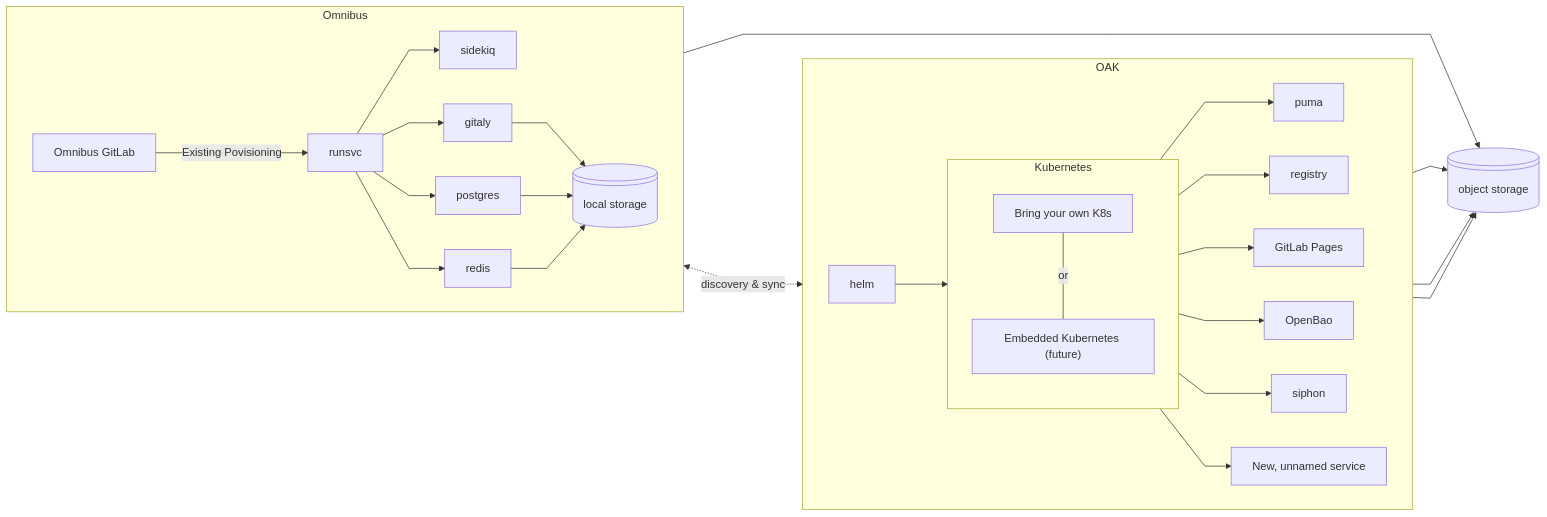
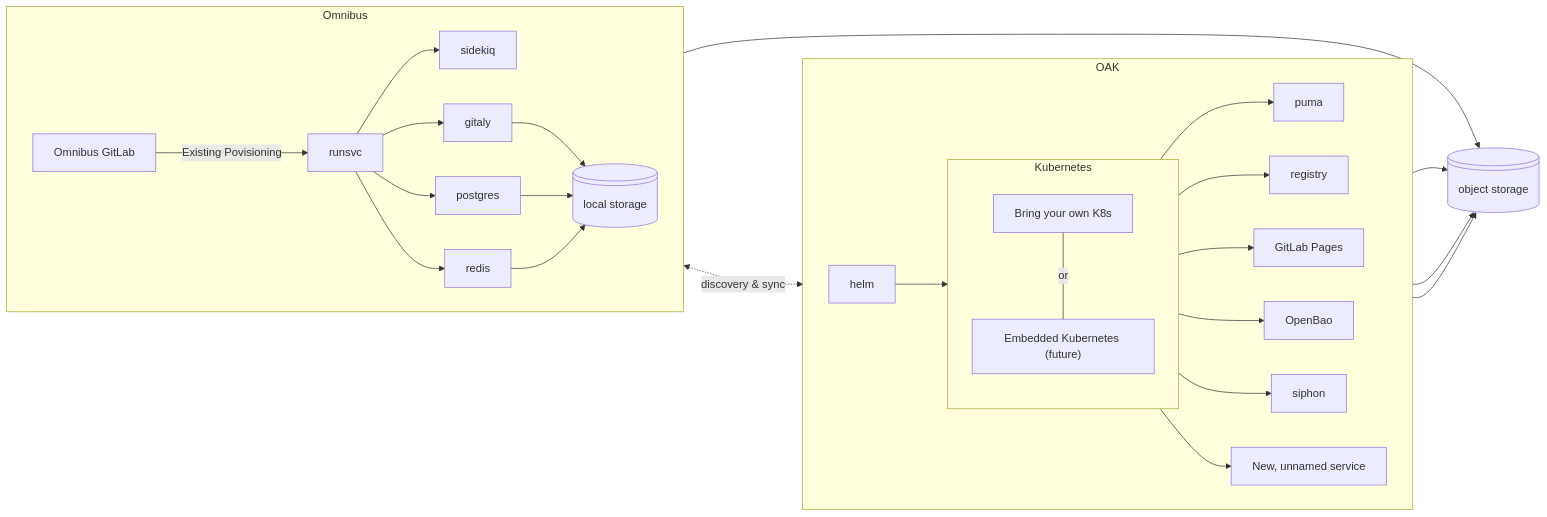
The second of 3 diagrams in content/handbook/engineering/architecture/design-documents/selfmanaged_segmentation/_index.md (zalyoung/gitlab-handbook), drawn with Mermaid before and after one commit. The commit also changed other lines of this file, not shown here.

Commit message:
Remove mermaid init frontmatter

````diff
--- a/content/handbook/engineering/architecture/design-documents/selfmanaged_segmentation/_index.md
+++ b/content/handbook/engineering/architecture/design-documents/selfmanaged_segmentation/_index.md
@@ -215,48 +214,47 @@
 ```mermaid
-%%{ init: { 'flowchart': { 'curve': 'linear' } } }%%
 flowchart LR
 
     subgraph OAK
         direction LR
 
         subgraph k8s[Kubernetes]
             direction TB
             byok["Bring your own K8s"]
             ek8s["Embedded Kubernetes (future)"]
 
             byok -- or --- ek8s
         end
 
         k8s --> puma
         k8s --> registry
         k8s --> pages[GitLab Pages]
         k8s --> ob[OpenBao]
         k8s --> siphon
         k8s --> ns["New, unnamed service"]
 
         helm --> k8s
     end
 
     subgraph Omnibus
         direction LR
         obgl[Omnibus GitLab]
 
         obgl -- "Existing Povisioning" --> runsvc
 
         runsvc --> sidekiq
         runsvc --> postgres
         runsvc --> redis
         runsvc --> gitaly
 
         gitaly --> localstore@{ shape: lin-cyl, label: "local storage" }
         postgres --> localstore
         redis -->localstore
     end
 
     obgl <-. discovery & sync .-> k8s
 
     puma --> objstore@{ shape: lin-cyl, label: "object storage" }
     registry --> objstore
     pages --> objstore
     sidekiq --> objstore
 ```
````
